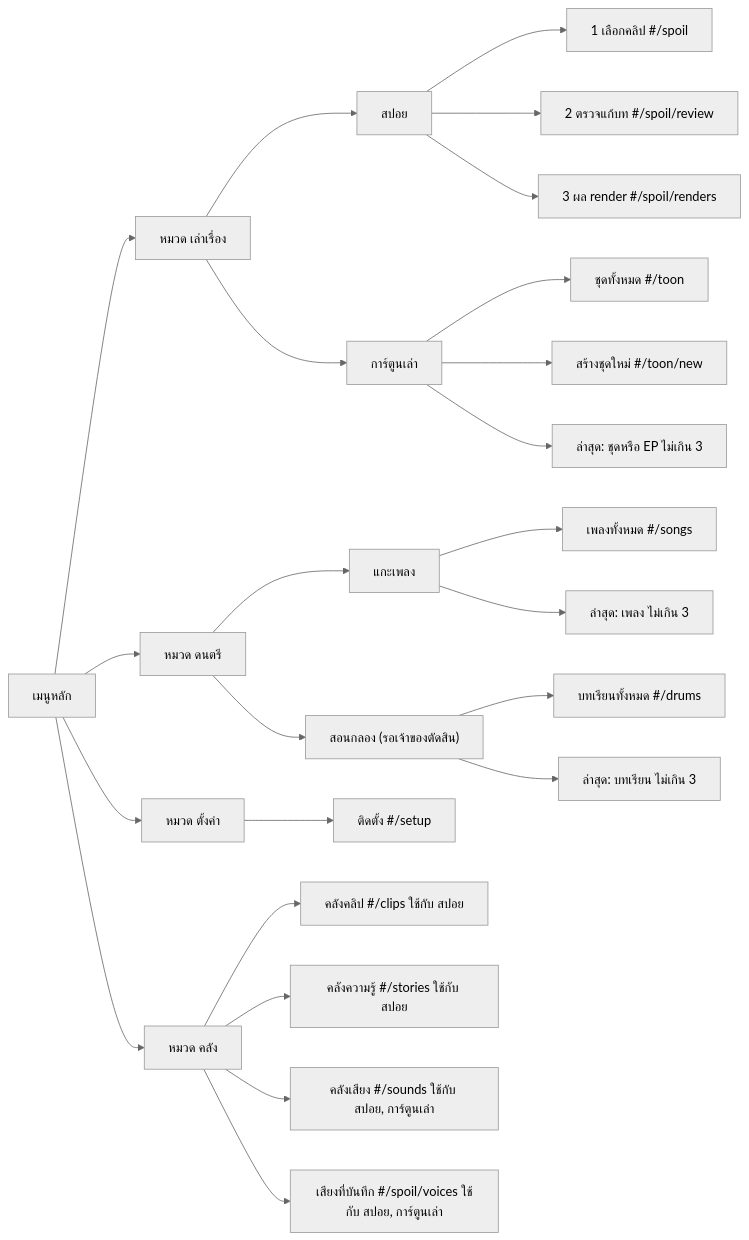
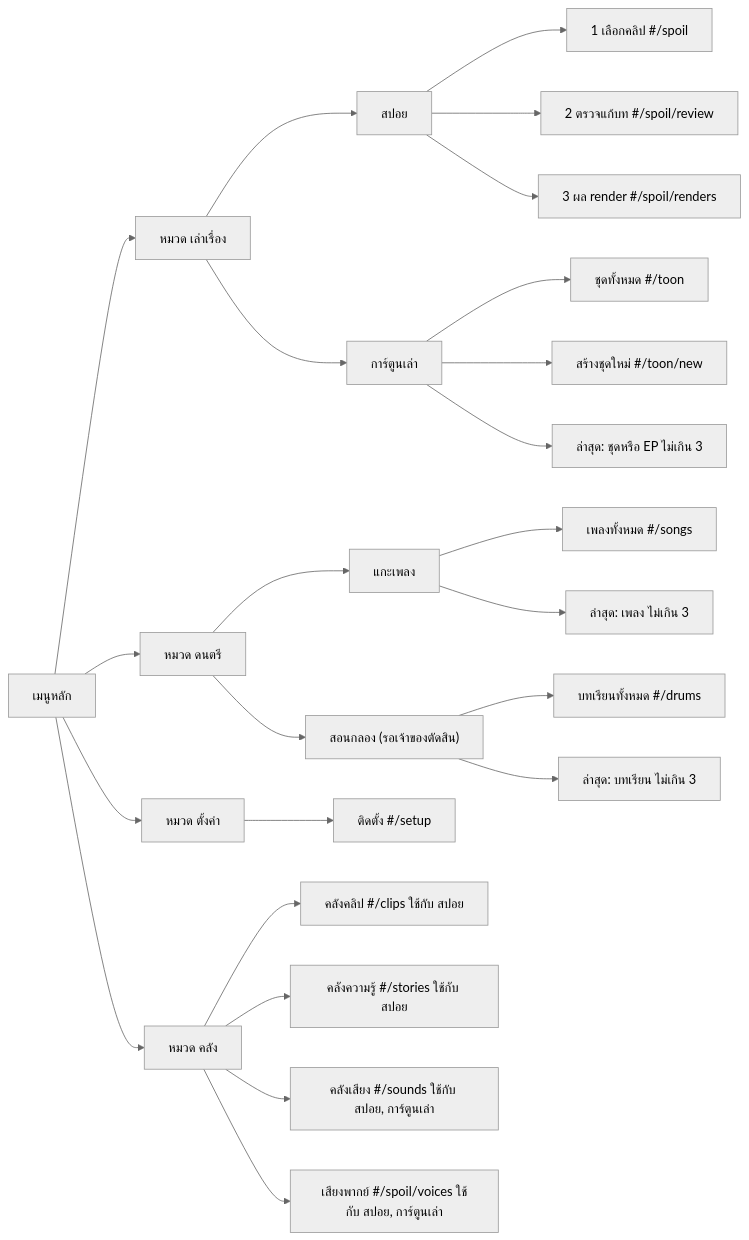
Before and after one commit to mousemouse094526/framecraft: the first of 3 diagrams in docs/features/ui-nav/flow.md, drawn with Mermaid (neutral theme). The commit also changed 19 other files, not shown here.

First line of the commit message:
feat(ui-nav): เสียงที่บันทึก → เสียงพากย์ (ชื่อบนจอตรงกันทั้งแอป) (#24)

````diff
--- a/docs/features/ui-nav/flow.md
+++ b/docs/features/ui-nav/flow.md
@@ -12,33 +12,33 @@
 ```mermaid
 flowchart LR
     menu["เมนูหลัก"]
     menu --> story["หมวด เล่าเรื่อง"]
     menu --> music["หมวด ดนตรี"]
     menu --> lib["หมวด คลัง"]
     menu --> conf["หมวด ตั้งค่า"]
 
     story --> spoil["สปอย"]
     story --> toon["การ์ตูนเล่า"]
     music --> songs["แกะเพลง"]
     music --> drums["สอนกลอง (รอเจ้าของตัดสิน)"]
     conf --> setup["ติดตั้ง #/setup"]
 
     spoil --> s1["1 เลือกคลิป #/spoil"]
     spoil --> s2["2 ตรวจแก้บท #/spoil/review"]
     spoil --> s3["3 ผล render #/spoil/renders"]
 
     toon --> t1["ชุดทั้งหมด #/toon"]
     toon --> t2["สร้างชุดใหม่ #/toon/new"]
     toon --> tr["ล่าสุด: ชุดหรือ EP ไม่เกิน 3"]
 
     songs --> g1["เพลงทั้งหมด #/songs"]
     songs --> gr["ล่าสุด: เพลง ไม่เกิน 3"]
 
     drums --> d1["บทเรียนทั้งหมด #/drums"]
     drums --> dr["ล่าสุด: บทเรียน ไม่เกิน 3"]
 
     lib --> l1["คลังคลิป #/clips ใช้กับ สปอย"]
     lib --> l2["คลังความรู้ #/stories ใช้กับ สปอย"]
     lib --> l3["คลังเสียง #/sounds ใช้กับ สปอย, การ์ตูนเล่า"]
-    lib --> l4["เสียงที่บันทึก #/spoil/voices ใช้กับ สปอย, การ์ตูนเล่า"]
+    lib --> l4["เสียงพากย์ #/spoil/voices ใช้กับ สปอย, การ์ตูนเล่า"]
 ```
````
